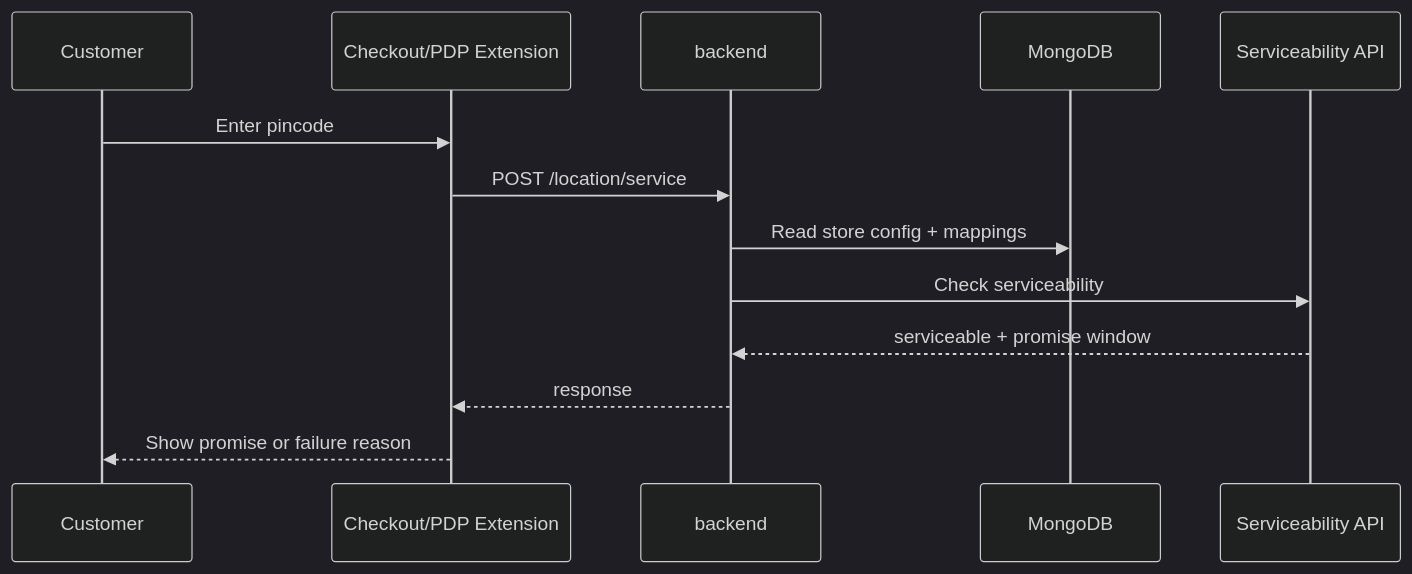
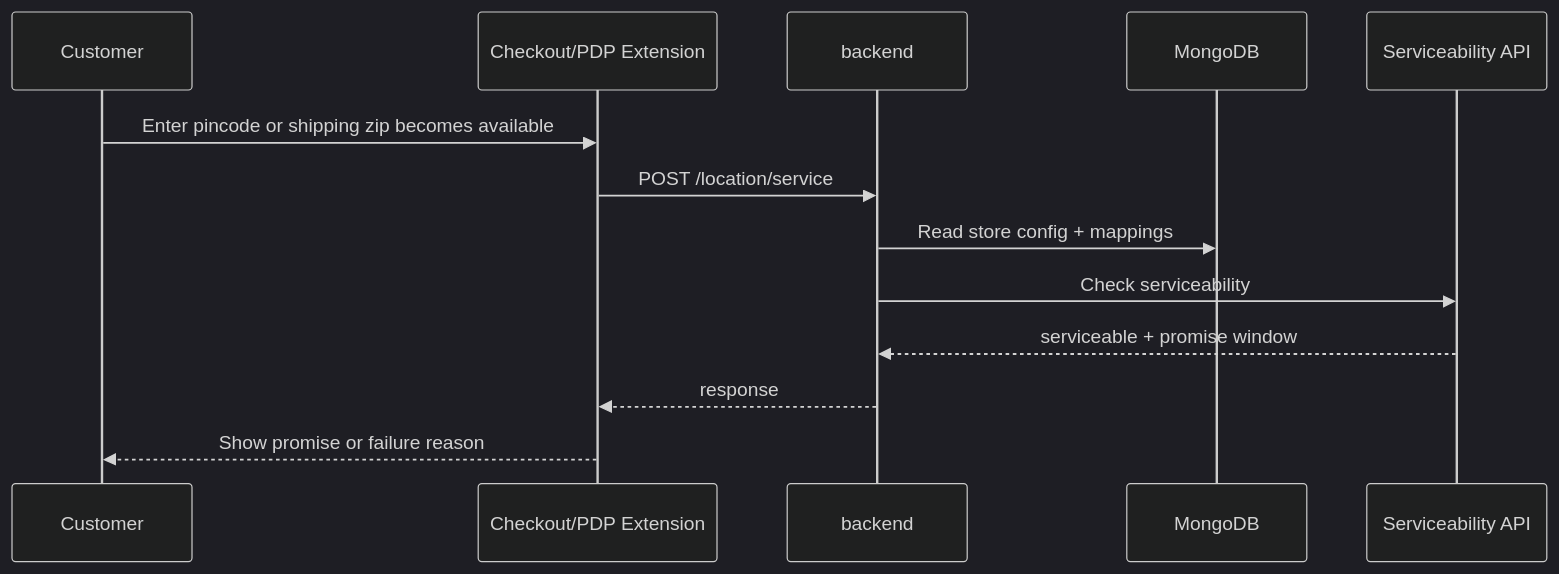
Before and after one commit to princesaliya4922/fynd-logistics-docs: the third of 6 diagrams in docs/00-overview/ecosystem-map.md, drawn with Mermaid (dark theme). The commit also changed other lines of this file and 48 other files, not shown here.

````diff
--- a/docs/00-overview/ecosystem-map.md
+++ b/docs/00-overview/ecosystem-map.md
@@ -189,16 +189,16 @@
 ```mermaid
 sequenceDiagram
     participant C as Customer
     participant Ext as Checkout/PDP Extension
     participant B as backend
     participant M as MongoDB
     participant S as Serviceability API
 
-    C->>Ext: Enter pincode
+    C->>Ext: Enter pincode or shipping zip becomes available
     Ext->>B: POST /location/service
     B->>M: Read store config + mappings
     B->>S: Check serviceability
     S-->>B: serviceable + promise window
     B-->>Ext: response
     Ext-->>C: Show promise or failure reason
 ```
````
